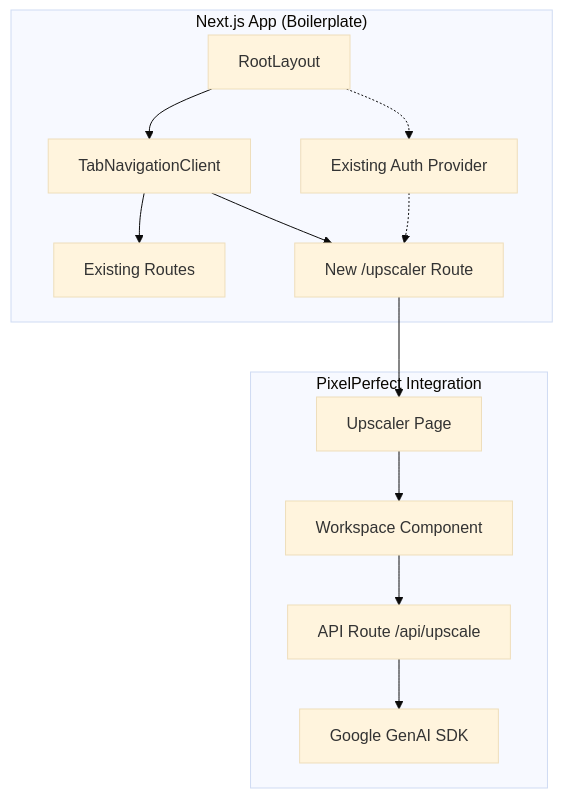
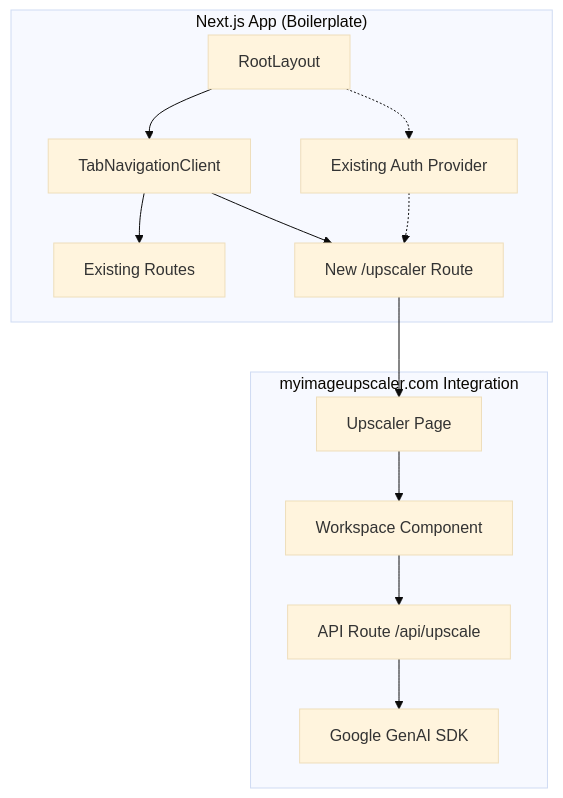
The first of 2 diagrams in docs/PRDs/done/pixelperfect-integration-prd.md (jonit-dev/pixelperfect), drawn with Mermaid (base theme) before and after one commit. The commit also changed other lines of this file and 120 other files, not shown here.

````diff
--- a/docs/PRDs/done/pixelperfect-integration-prd.md
+++ b/docs/PRDs/done/pixelperfect-integration-prd.md
@@ -37,16 +37,16 @@
 ```mermaid
 graph TD
     subgraph "Next.js App (Boilerplate)"
         A[RootLayout] --> B[TabNavigationClient]
         B --> C[Existing Routes]
         B --> D[New /upscaler Route]
         A -.-> Auth[Existing Auth Provider]
     end
-    subgraph "PixelPerfect Integration"
+    subgraph "myimageupscaler.com Integration"
         D --> E[Upscaler Page]
         E --> F[Workspace Component]
         F --> G[API Route /api/upscale]
         G --> H[Google GenAI SDK]
     end
     Auth -.-> D
 ```
````
